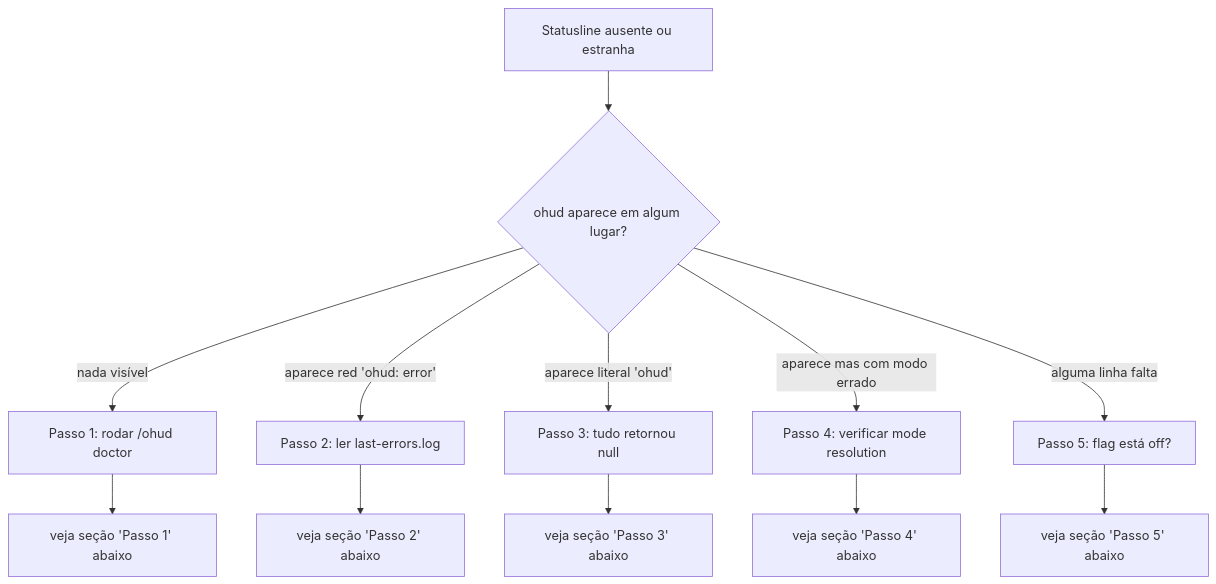
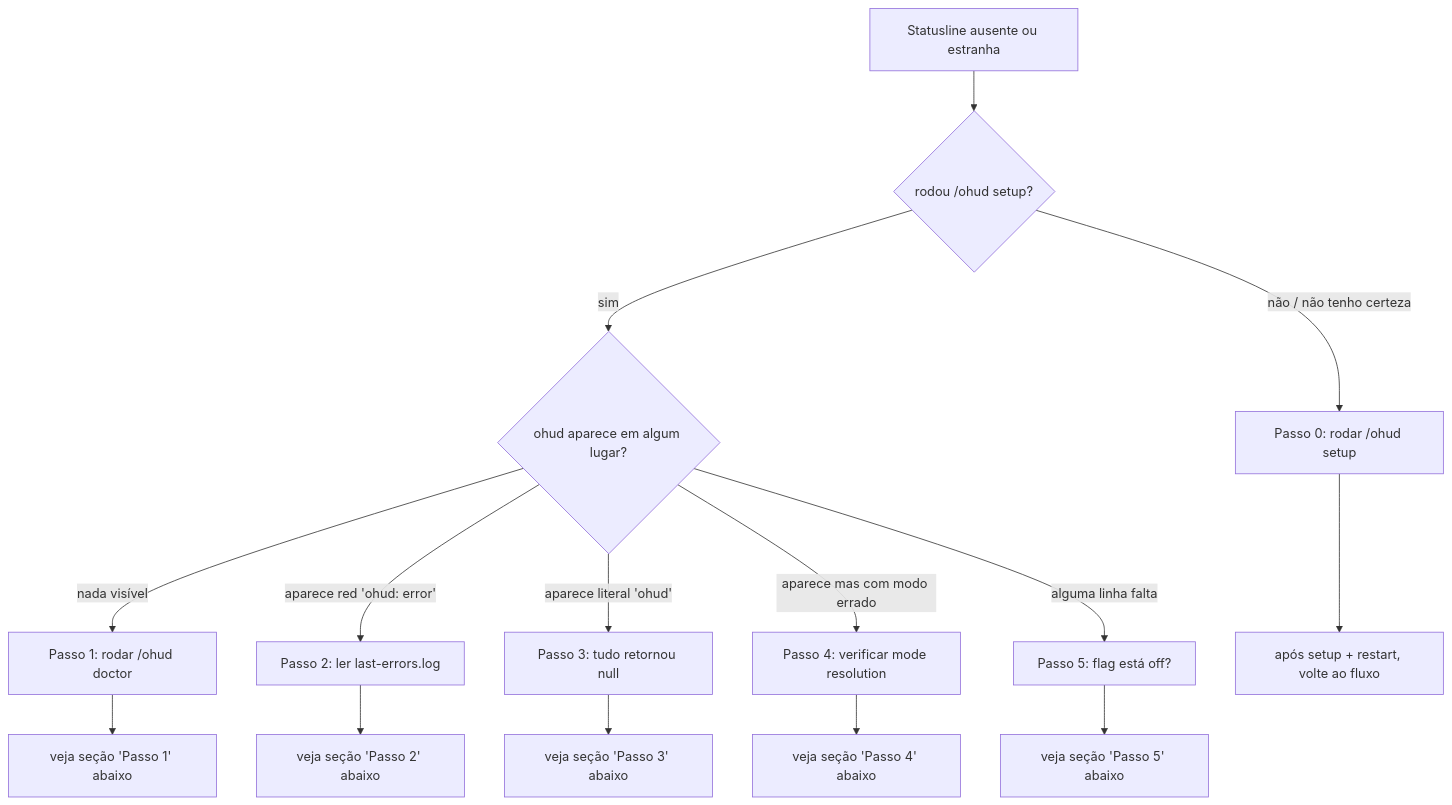
The diagram in docs/how-to/diagnose-blank-statusline.md (nicolaslima/ohud), drawn with Mermaid before and after one commit. The commit also changed other lines of this file and 7 other files, not shown here.

````diff
--- a/docs/how-to/diagnose-blank-statusline.md
+++ b/docs/how-to/diagnose-blank-statusline.md
@@ -11,16 +14,19 @@
 ```mermaid
 flowchart TD
     start[Statusline ausente ou estranha]
-    start --> q1{ohud aparece em algum lugar?}
+    start --> q0{rodou /ohud setup?}
+    q0 -->|não / não tenho certeza| step0[Passo 0: rodar /ohud setup]
+    q0 -->|sim| q1{ohud aparece em algum lugar?}
     q1 -->|nada visível| step1[Passo 1: rodar /ohud doctor]
     q1 -->|aparece red 'ohud: error'| step2[Passo 2: ler last-errors.log]
     q1 -->|aparece literal 'ohud'| step3[Passo 3: tudo retornou null]
     q1 -->|aparece mas com modo errado| step4[Passo 4: verificar mode resolution]
     q1 -->|alguma linha falta| step5[Passo 5: flag está off?]
 
+    step0 --> action0[após setup + restart, volte ao fluxo]
     step1 --> action1[veja seção 'Passo 1' abaixo]
     step2 --> action2[veja seção 'Passo 2' abaixo]
     step3 --> action3[veja seção 'Passo 3' abaixo]
     step4 --> action4[veja seção 'Passo 4' abaixo]
     step5 --> action5[veja seção 'Passo 5' abaixo]
 ```
````
